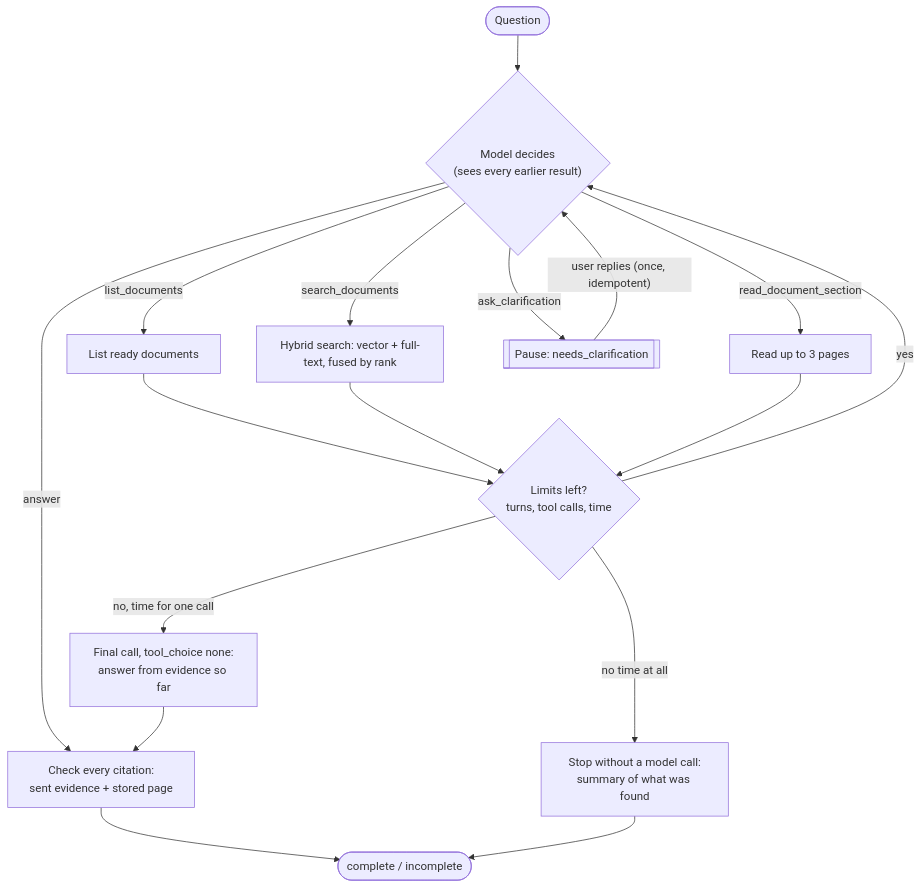
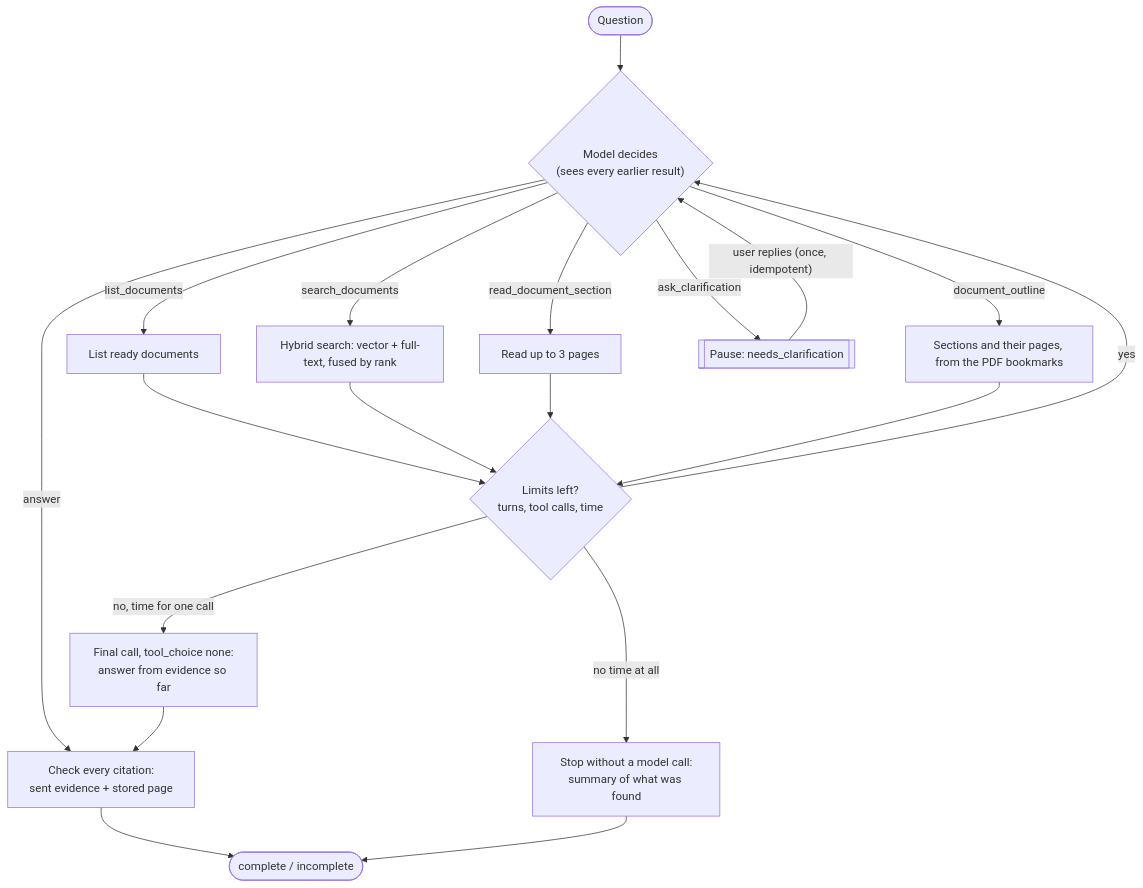
One commit to ApoorvKadam/callslip changed the third of 4 diagrams in docs/architecture.md. Above: the diagram before and after it, drawn with Mermaid. The commit also changed other lines of this file and 105 other files, not shown here.

First line of the commit message:
Give the agent each document's outline (#49)

````diff
--- a/docs/architecture.md
+++ b/docs/architecture.md
@@ -65,20 +65,22 @@
 ```mermaid
 flowchart TD
     q([Question]) --> decide{"Model decides<br/>(sees every earlier result)"}
     decide -- "list_documents" --> list[List ready documents]
     decide -- "search_documents" --> search[Hybrid search: vector + full-text, fused by rank]
     decide -- "read_document_section" --> read[Read up to 3 pages]
+    decide -- "document_outline" --> outline[Sections and their pages, from the PDF bookmarks]
     decide -- "ask_clarification" --> pause[["Pause: needs_clarification"]]
     pause -- "user replies (once, idempotent)" --> decide
     list --> check
     search --> check
     read --> check
+    outline --> check
     check{"Limits left?<br/>turns, tool calls, time"}
     check -- yes --> decide
     check -- "no, time for one call" --> final["Final call, tool_choice none:<br/>answer from evidence so far"]
     check -- "no time at all" --> stop["Stop without a model call:<br/>summary of what was found"]
     decide -- "answer" --> verify
     final --> verify["Check every citation:<br/>sent evidence + stored page"]
     verify --> done([complete / incomplete])
     stop --> done
 ```
````
